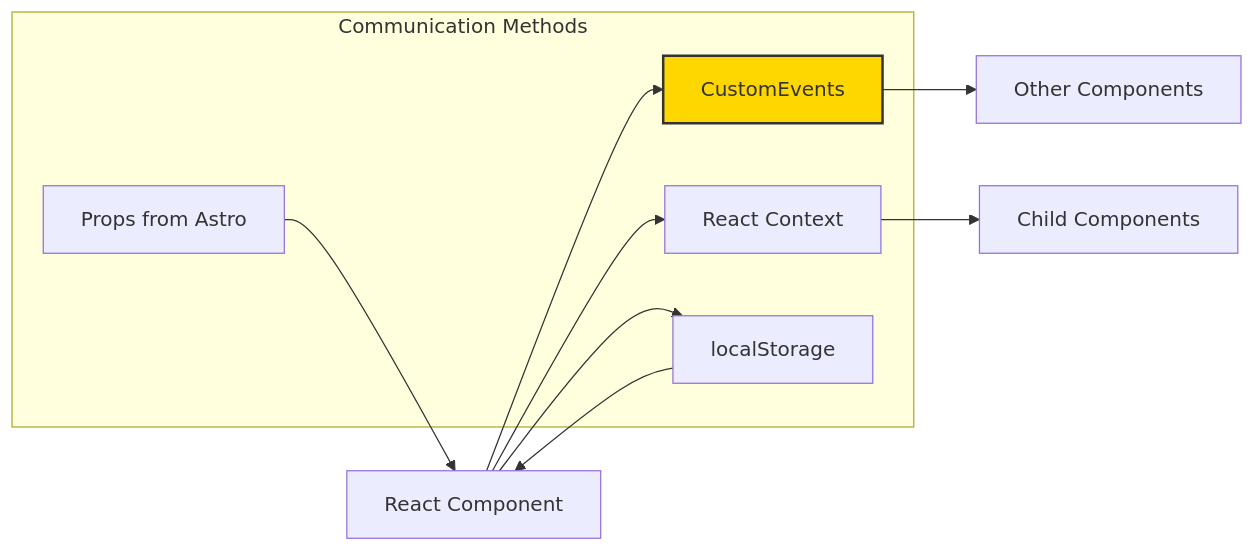
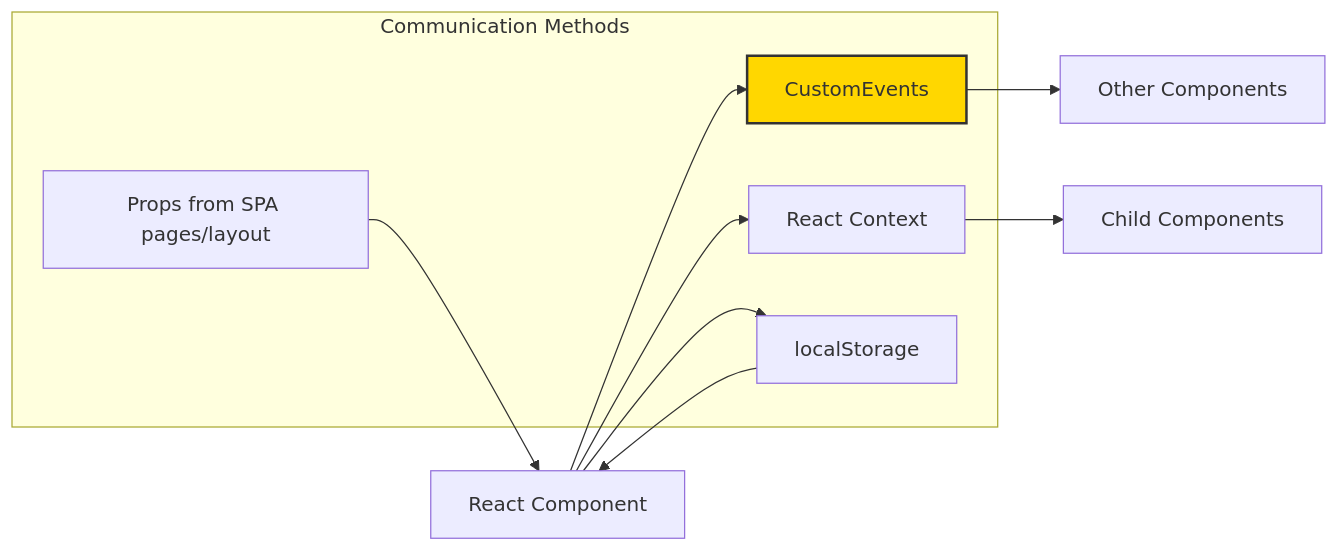
One commit to harvouscom/harvous changed the second of 2 diagrams in docs/COMPONENTS.md. Above: the diagram before and after it, drawn with Mermaid. The commit also changed other lines of this file and 7 other files, not shown here.

````diff
--- a/docs/COMPONENTS.md
+++ b/docs/COMPONENTS.md
@@ -104,19 +87,19 @@
 ```mermaid
 graph LR
     subgraph "Communication Methods"
-        Props[Props from Astro]
+        Props[Props from SPA pages/layout]
         Events[CustomEvents]
         Context[React Context]
         Storage[localStorage]
     end
 
-    Props --> ReactIsland[React Component]
-    ReactIsland --> Events
-    Events --> OtherIsland[Other Components]
-    ReactIsland --> Context
+    Props --> ReactComp[React Component]
+    ReactComp --> Events
+    Events --> OtherComp[Other Components]
+    ReactComp --> Context
     Context --> ChildComponent[Child Components]
-    ReactIsland --> Storage
-    Storage --> ReactIsland
+    ReactComp --> Storage
+    Storage --> ReactComp
 
     style Events fill:#ffd700,stroke:#333,stroke-width:2px
 ```
````
